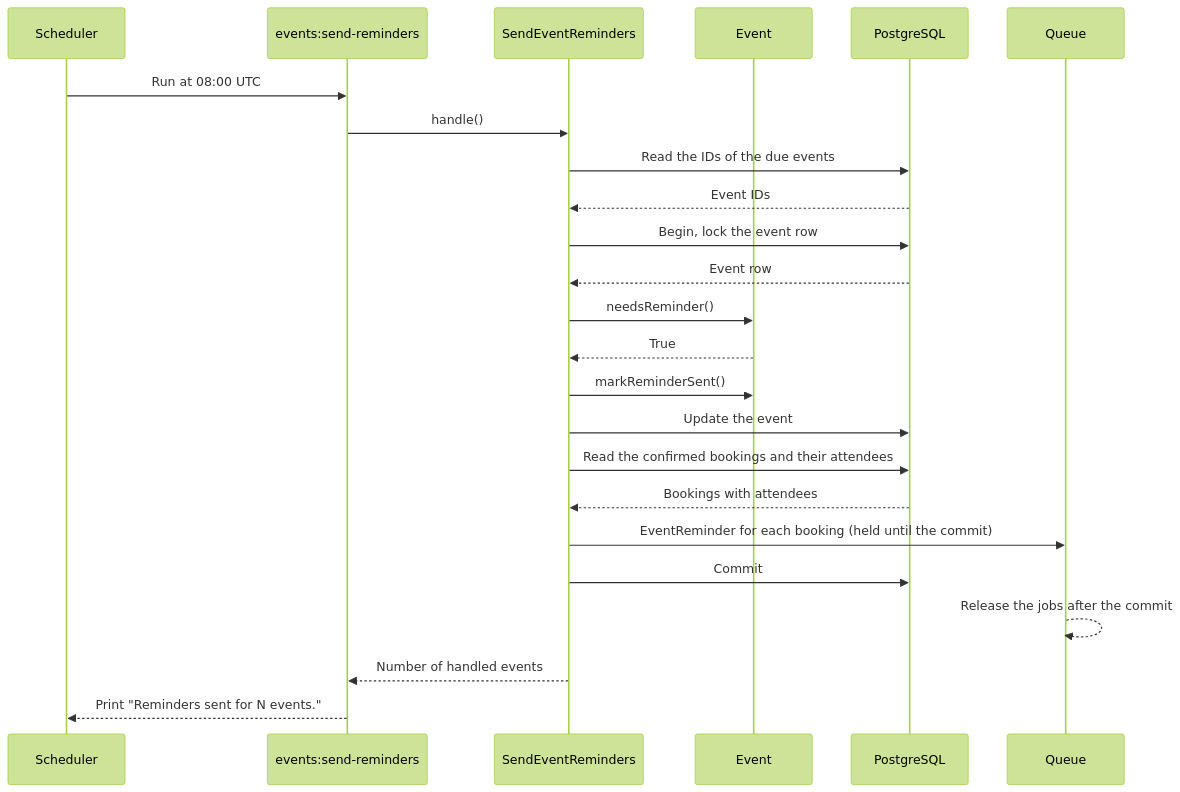
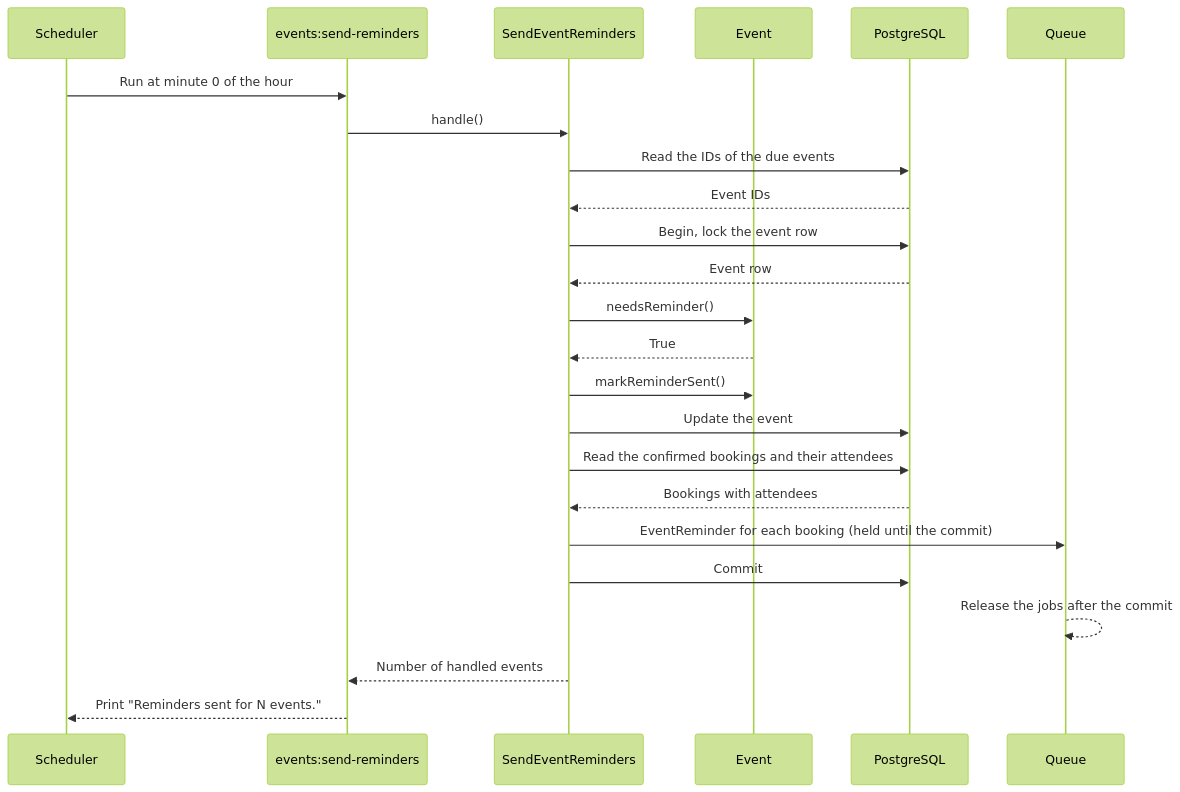
Before and after one commit to Leonelmarianog/event-booking-system: the first of 3 diagrams in app/Actions/SendEventReminders/README.md, drawn with Mermaid (forest theme). The commit also changed other lines of this file and 7 other files, not shown here.

````diff
--- a/app/Actions/SendEventReminders/README.md
+++ b/app/Actions/SendEventReminders/README.md
@@ -71,27 +74,27 @@
 ```mermaid
 sequenceDiagram
     participant Scheduler
     participant Command as events:send-reminders
     participant Action as SendEventReminders
     participant Event
     participant DB as PostgreSQL
     participant Queue
 
-    Scheduler->>Command: Run at 08:00 UTC
+    Scheduler->>Command: Run at minute 0 of the hour
     Command->>Action: handle()
     Action->>DB: Read the IDs of the due events
     DB-->>Action: Event IDs
     Action->>DB: Begin, lock the event row
     DB-->>Action: Event row
     Action->>Event: needsReminder()
     Event-->>Action: True
     Action->>Event: markReminderSent()
     Action->>DB: Update the event
     Action->>DB: Read the confirmed bookings and their attendees
     DB-->>Action: Bookings with attendees
     Action->>Queue: EventReminder for each booking (held until the commit)
     Action->>DB: Commit
     Queue-->>Queue: Release the jobs after the commit
     Action-->>Command: Number of handled events
     Command-->>Scheduler: Print "Reminders sent for N events."
 ```
````
